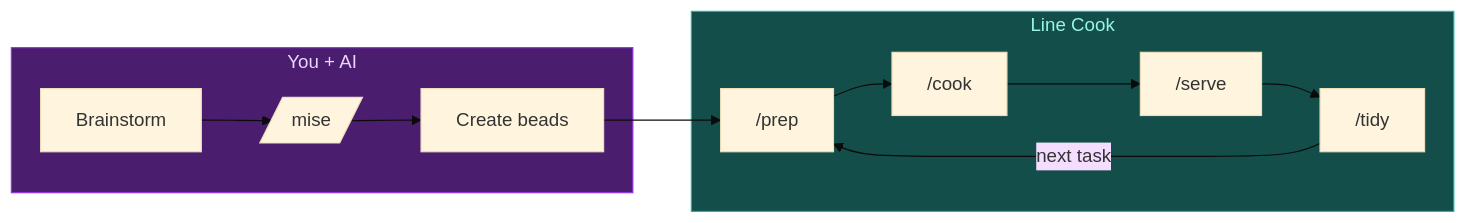
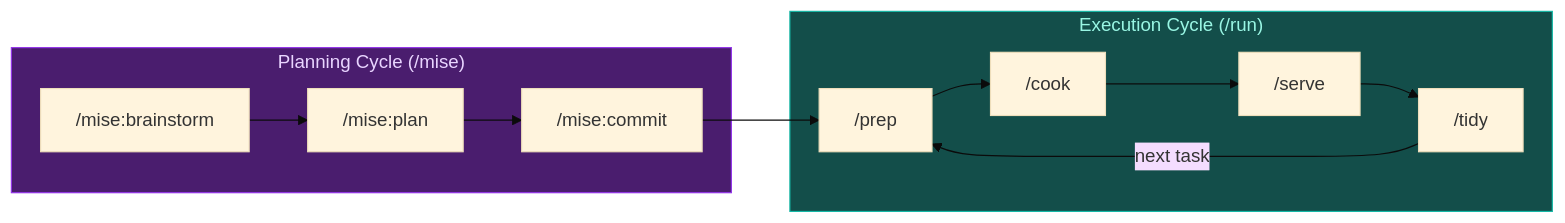
One commit to smileynet/line-cook changed the diagram in README.md. Above: the diagram before and after it, drawn with Mermaid (base theme). The commit also changed other lines of this file and 15 other files, not shown here.

First line of the commit message:
feat: split /mise into three phases (brainstorm, plan, commit)

````diff
--- a/README.md
+++ b/README.md
@@ -64,15 +64,15 @@
 ```mermaid
 graph LR
-    subgraph user ["You + AI"]
-        A[Brainstorm] --> B[/mise/]
-        B --> C[Create beads]
+    subgraph planning ["Planning Cycle (/mise)"]
+        A["/mise:brainstorm"] --> B["/mise:plan"]
+        B --> C["/mise:commit"]
     end
-    subgraph auto ["Line Cook"]
+    subgraph execution ["Execution Cycle (/run)"]
         D["/prep"] --> E["/cook"] --> F["/serve"] --> G["/tidy"]
     end
     C --> D
     G --> |next task| D
 
-    style user fill:#4a1d6e,stroke:#9333ea,color:#e9d5ff
-    style auto fill:#134e4a,stroke:#14b8a6,color:#99f6e4
+    style planning fill:#4a1d6e,stroke:#9333ea,color:#e9d5ff
+    style execution fill:#134e4a,stroke:#14b8a6,color:#99f6e4
 ```
````
